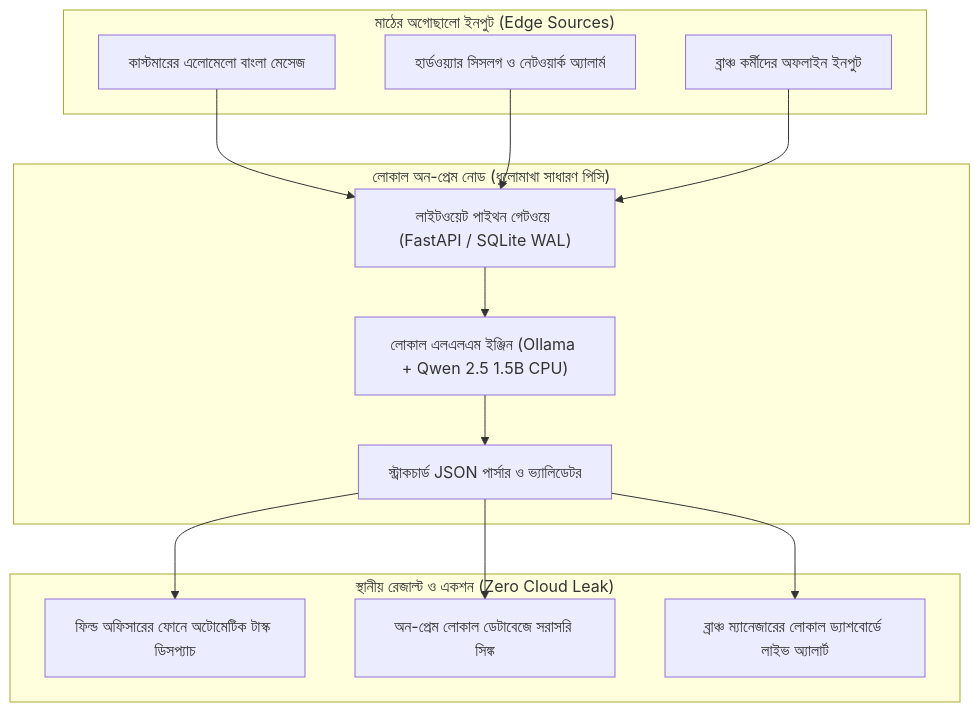
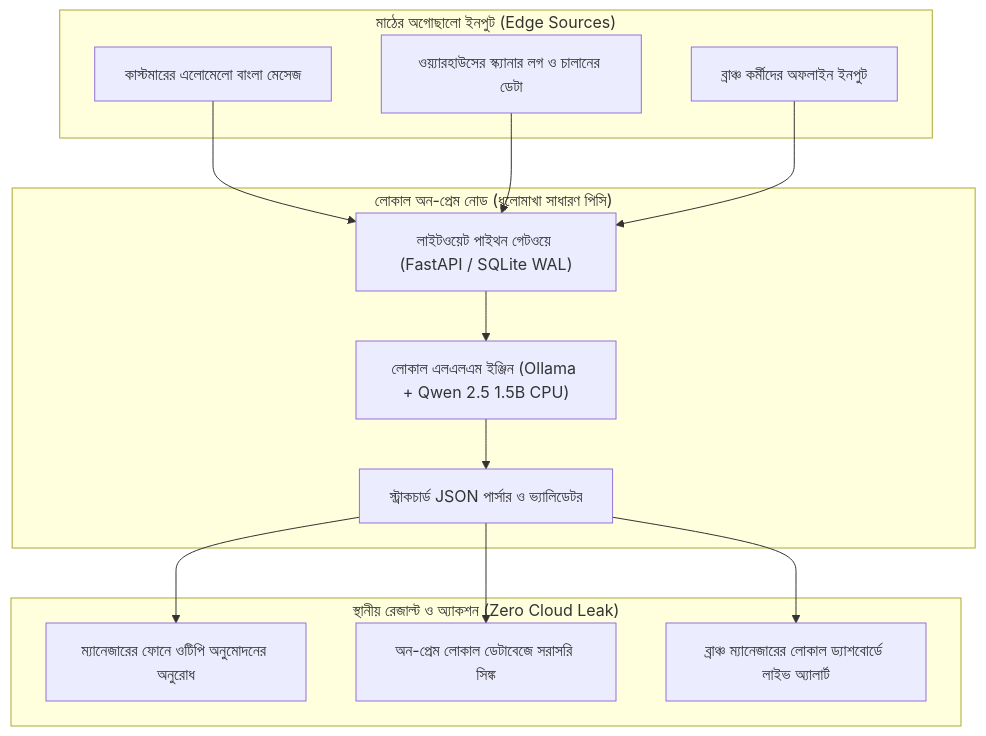
One commit to aiwithr/fde_book changed the diagram in docs/chapter-2/index.md. Above: the diagram before and after it, drawn with Mermaid. The commit also changed other lines of this file, not shown here.

````diff
--- a/docs/chapter-2/index.md
+++ b/docs/chapter-2/index.md
@@ -79,30 +79,30 @@
 ```mermaid
 flowchart TD
     subgraph EdgeInput["মাঠের অগোছালো ইনপুট (Edge Sources)"]
         A1["কাস্টমারের এলোমেলো বাংলা মেসেজ"]
-        A2["হার্ডওয়্যার সিসলগ ও নেটওয়ার্ক অ্যালার্ম"]
+        A2["ওয়্যারহাউসের স্ক্যানার লগ ও চালানের ডেটা"]
         A3["ব্রাঞ্চ কর্মীদের অফলাইন ইনপুট"]
     end
 
     subgraph LocalEngine["লোকাল অন-প্রেম নোড (ধুলোমাখা সাধারণ পিসি)"]
         B1["লাইটওয়েট পাইথন গেটওয়ে (FastAPI / SQLite WAL)"]
         B2["লোকাল এলএলএম ইঞ্জিন (Ollama + Qwen 2.5 1.5B CPU)"]
         B3["স্ট্রাকচার্ড JSON পার্সার ও ভ্যালিডেটর"]
-        
+
         A1 --> B1
         A2 --> B1
         A3 --> B1
         B1 --> B2
         B2 --> B3
     end
 
-    subgraph ActionLayer["স্থানীয় রেজাল্ট ও একশন (Zero Cloud Leak)"]
-        C1["ফিল্ড অফিসারের ফোনে অটোমেটিক টাস্ক ডিসপ্যাচ"]
+    subgraph ActionLayer["স্থানীয় রেজাল্ট ও অ্যাকশন (Zero Cloud Leak)"]
+        C1["ম্যানেজারের ফোনে ওটিপি অনুমোদনের অনুরোধ"]
         C2["অন-প্রেম লোকাল ডেটাবেজে সরাসরি সিঙ্ক"]
         C3["ব্রাঞ্চ ম্যানেজারের লোকাল ড্যাশবোর্ডে লাইভ অ্যালার্ট"]
-        
+
         B3 --> C1
         B3 --> C2
         B3 --> C3
     end
 ```
````
